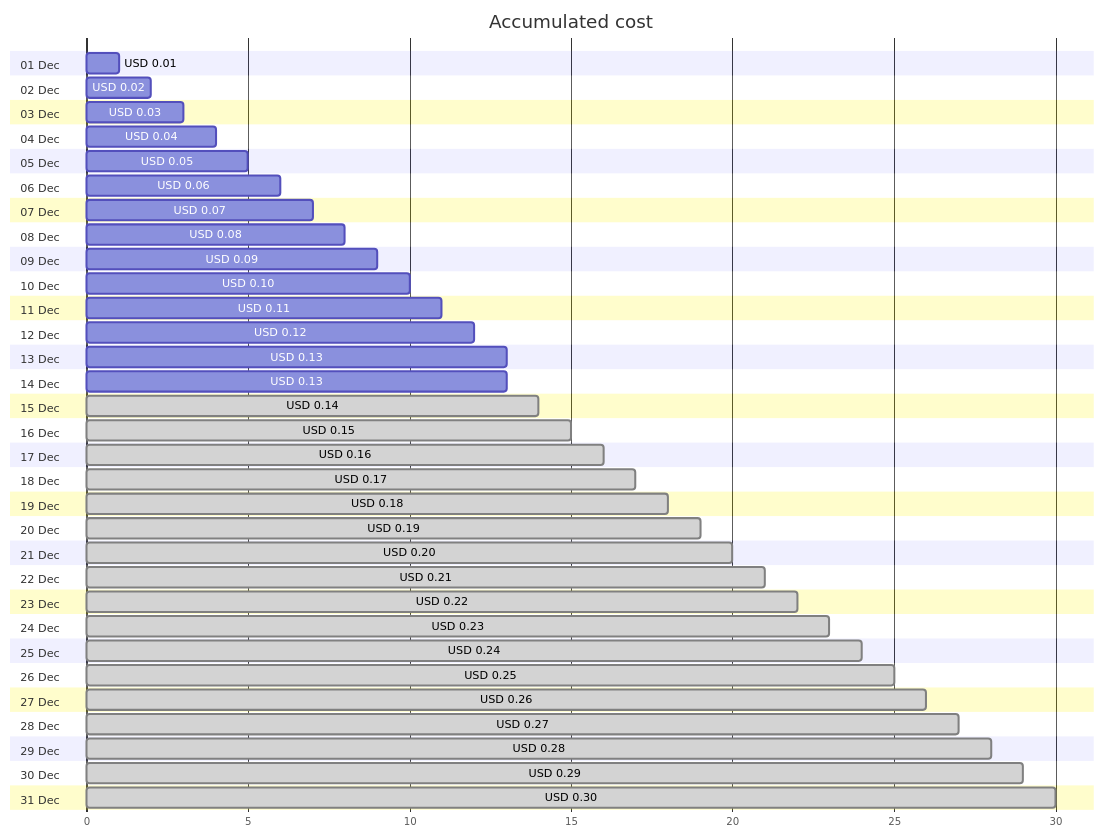
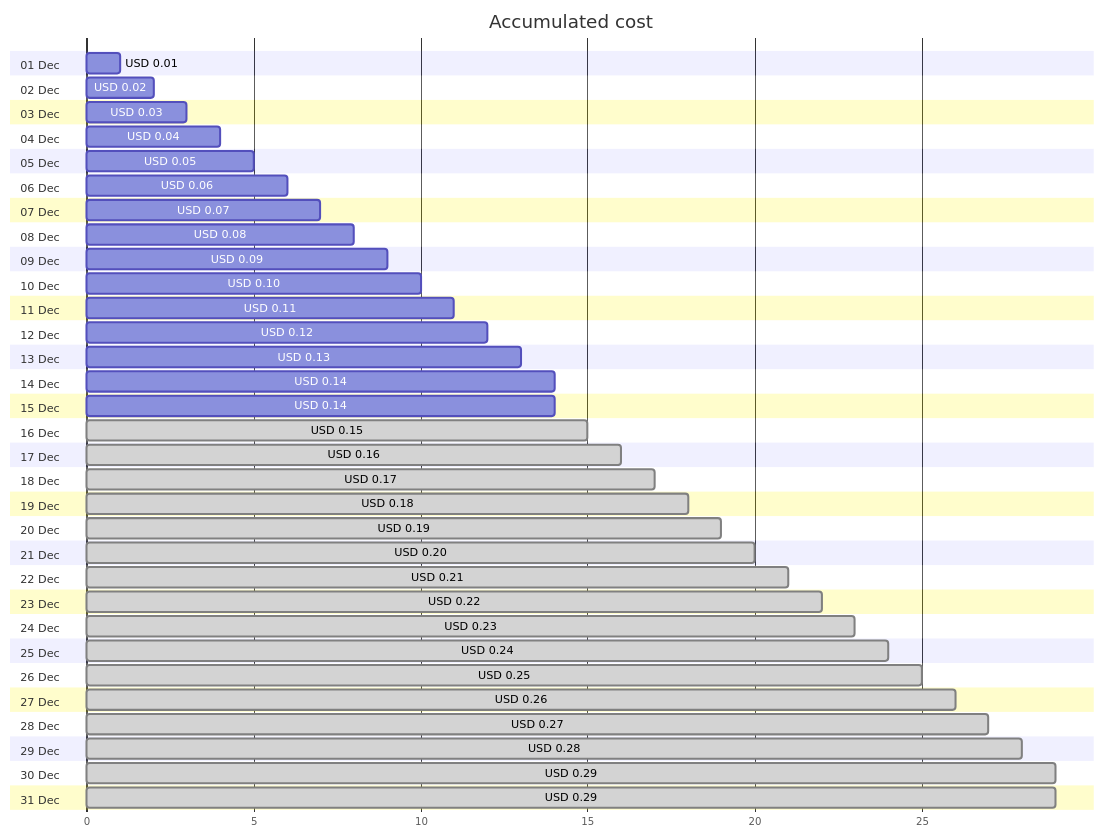
The first of 4 diagrams in cost-reports/cloud-shell-storage-eastus/cs2100300008c8d894b.md (jpfulton/azure-personal-reports), drawn with Mermaid before and after one commit. The commit also changed other lines of this file and 1 other file, not shown here.

````diff
--- a/cost-reports/cloud-shell-storage-eastus/cs2100300008c8d894b.md
+++ b/cost-reports/cloud-shell-storage-eastus/cs2100300008c8d894b.md
@@ -20,68 +20,68 @@
 ```mermaid
 gantt
    title Accumulated cost
    dateFormat  X
    axisFormat %s
    section 01 Dec
    USD 0.01 :0, 1
    section 02 Dec
    USD 0.02 :0, 2
    section 03 Dec
    USD 0.03 :0, 3
    section 04 Dec
    USD 0.04 :0, 4
    section 05 Dec
    USD 0.05 :0, 5
    section 06 Dec
    USD 0.06 :0, 6
    section 07 Dec
    USD 0.07 :0, 7
    section 08 Dec
    USD 0.08 :0, 8
    section 09 Dec
    USD 0.09 :0, 9
    section 10 Dec
    USD 0.10 :0, 10
    section 11 Dec
    USD 0.11 :0, 11
    section 12 Dec
    USD 0.12 :0, 12
    section 13 Dec
    USD 0.13 :0, 13
    section 14 Dec
-   USD 0.13 :0, 13
+   USD 0.14 :0, 14
    section 15 Dec
-   USD 0.14 : done, 0, 14
+   USD 0.14 :0, 14
    section 16 Dec
    USD 0.15 : done, 0, 15
    section 17 Dec
    USD 0.16 : done, 0, 16
    section 18 Dec
    USD 0.17 : done, 0, 17
    section 19 Dec
    USD 0.18 : done, 0, 18
    section 20 Dec
    USD 0.19 : done, 0, 19
    section 21 Dec
    USD 0.20 : done, 0, 20
    section 22 Dec
    USD 0.21 : done, 0, 21
    section 23 Dec
    USD 0.22 : done, 0, 22
    section 24 Dec
    USD 0.23 : done, 0, 23
    section 25 Dec
    USD 0.24 : done, 0, 24
    section 26 Dec
    USD 0.25 : done, 0, 25
    section 27 Dec
    USD 0.26 : done, 0, 26
    section 28 Dec
    USD 0.27 : done, 0, 27
    section 29 Dec
    USD 0.28 : done, 0, 28
    section 30 Dec
    USD 0.29 : done, 0, 29
    section 31 Dec
-   USD 0.30 : done, 0, 30
+   USD 0.29 : done, 0, 29
 ```
````
